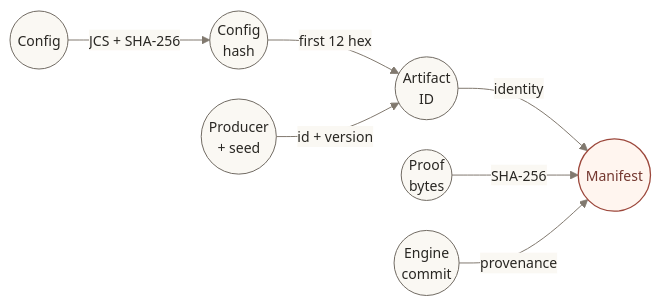
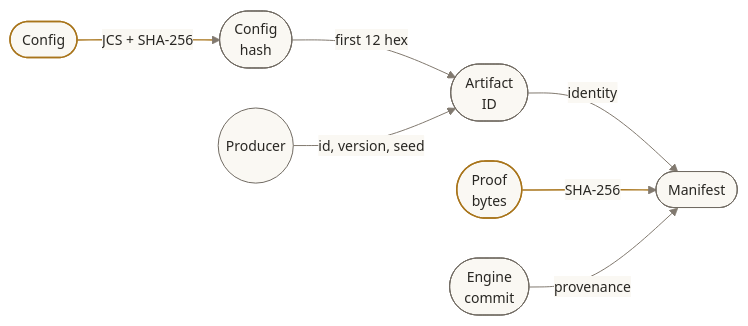
Before and after one commit to Quigles1337/Syndeom: the third of 5 diagrams in README.md, drawn with Mermaid. The commit also changed other lines of this file, not shown here.

First line of the commit message:
[S2][INFRA] refresh the README: status at e7b8357, Lombardi diagrams, governance

````diff
--- a/README.md
+++ b/README.md
@@ -167,18 +182,15 @@
 ```mermaid
-%%{init: {"theme":"base","themeVariables":{"fontFamily":"Georgia, serif","fontSize":"14px","primaryColor":"#faf8f3","primaryTextColor":"#292723","primaryBorderColor":"#716b63","lineColor":"#81796f","edgeLabelBackground":"#faf8f3"},"flowchart":{"curve":"basis","nodeSpacing":30,"rankSpacing":42,"htmlLabels":true}}}%%
+%%{init: {"theme":"base","themeVariables":{"fontFamily":"Georgia, serif","fontSize":"14px","primaryColor":"#faf8f3","primaryTextColor":"#292723","primaryBorderColor":"#716b63","lineColor":"#81796f","edgeLabelBackground":"#faf8f3"},"flowchart":{"curve":"basis","nodeSpacing":40,"rankSpacing":50,"htmlLabels":true}}}%%
 flowchart LR
     accTitle: Artifact identity and content integrity
-    accDescr: Canonical JSON configuration is hashed to form a configuration hash. Its prefix joins the producer identity and optional seed to form the artifact ID. The manifest records that identity, the exact-byte content hash, and the engine commit separately.
-
-    C(("Config")) -->|"JCS + SHA-256"| H(("Config<br/>hash"))
-    H -->|"first 12 hex"| ID(("Artifact<br/>ID"))
-    P(("Producer<br/>+ seed")) -->|"id + version"| ID
-    ID -->|"identity"| M(("Manifest"))
-    B(("Proof<br/>bytes")) -->|"SHA-256"| M
-    E(("Engine<br/>commit")) -->|"provenance"| M
-
-    classDef default fill:#faf8f3,stroke:#716b63,color:#292723,stroke-width:1px;
-    classDef focal fill:#fff5ef,stroke:#9c473b,color:#74372f,stroke-width:1.3px;
-    class M focal;
+    accDescr: The canonical JSON configuration is hashed to a configuration hash. Its first twelve hex digits join the producer's id and version, and the seed for a synthetic artifact, to form the artifact ID. The manifest records that identity, the SHA-256 of the exact file bytes, and the engine commit that produced them.
+    classDef artifact fill:#faf8f3,stroke:#a8741a,color:#292723,stroke-width:1.4px;
+    C(["Config"]):::artifact -->|"JCS + SHA-256"| H(["Config<br/>hash"])
+    H -->|"first 12 hex"| ID(["Artifact<br/>ID"])
+    P(("Producer")) -->|"id, version, seed"| ID
+    ID -->|"identity"| M(["Manifest"])
+    B(["Proof<br/>bytes"]):::artifact -->|"SHA-256"| M
+    E(["Engine<br/>commit"]) -->|"provenance"| M
     linkStyle default stroke:#81796f,stroke-width:1px;
+    linkStyle 0,4 stroke:#a8741a,stroke-width:1.4px;
 ```
````
